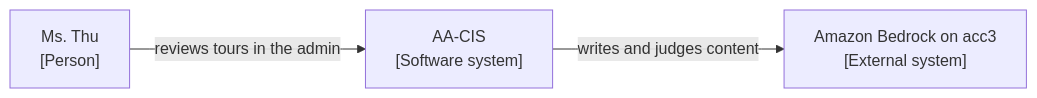
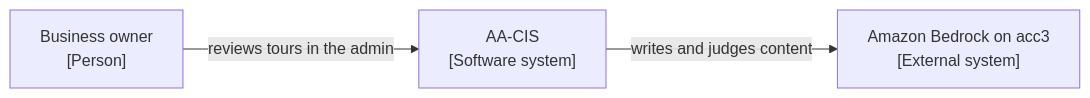
Before and after one commit to AdventureAsia365-Ecosys/AA-Ecosys: the diagram in docs/STYLE.md, drawn with Mermaid. The commit also changed other lines of this file and 112 other files, not shown here.

````diff
--- a/docs/STYLE.md
+++ b/docs/STYLE.md
@@ -149,8 +165,8 @@
 ```mermaid
 flowchart LR
-  thu["Ms. Thu<br/>[Person]"]
+  owner["Business owner<br/>[Person]"]
   cis["AA-CIS<br/>[Software system]"]
   bedrock["Amazon Bedrock on acc3<br/>[External system]"]
-  thu -->|"reviews tours in the admin"| cis
+  owner -->|"reviews tours in the admin"| cis
   cis -->|"writes and judges content"| bedrock
 ```
````
